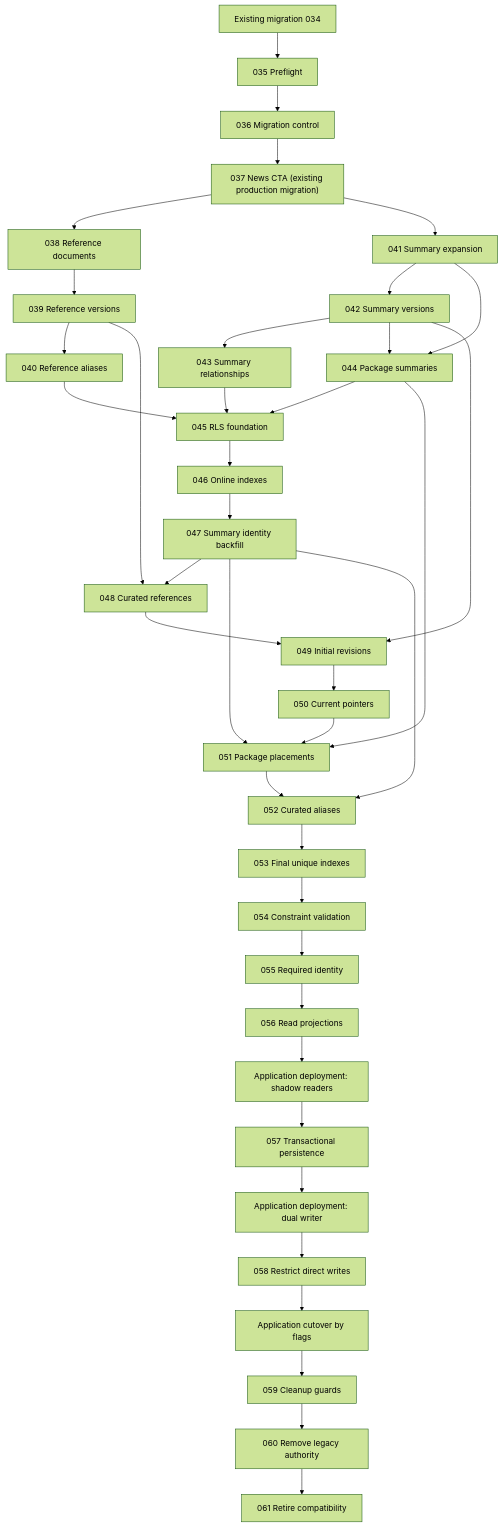
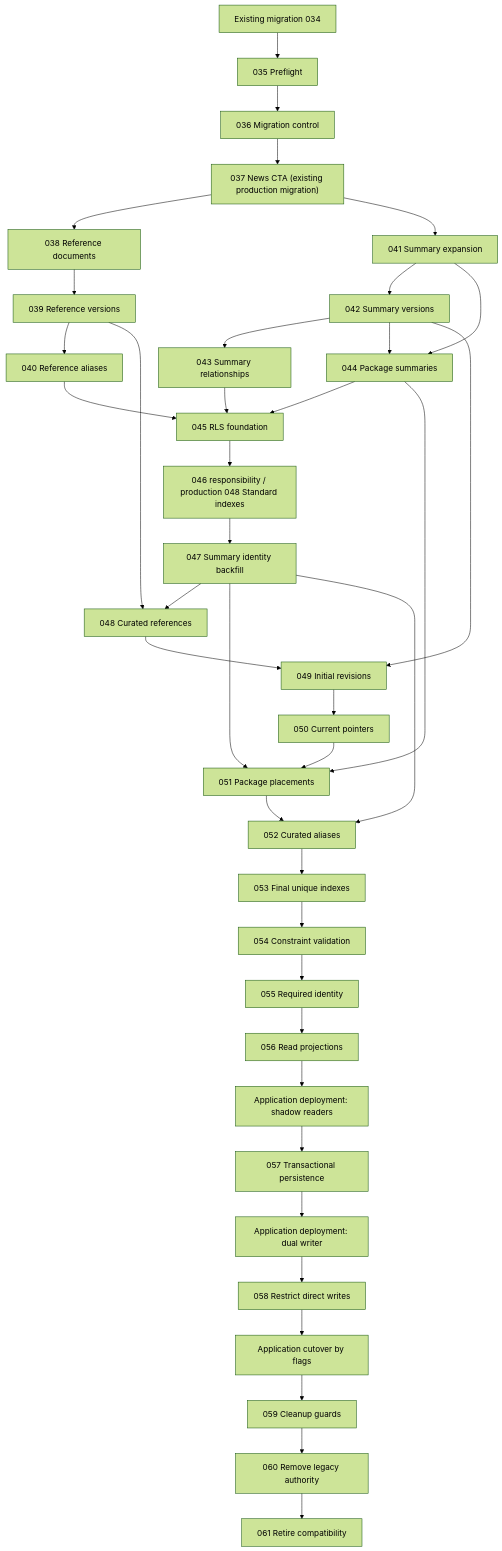
Before and after one commit to Lowwer02/sobdai: the first of 2 diagrams in knowledge_platform_sql_migration_design_v1.md, drawn with Mermaid (forest theme). The commit also changed other lines of this file and 2 other files, not shown here.

Commit message:
feat(db): add knowledge platform summary indexes (migration 048)

````diff
--- a/knowledge_platform_sql_migration_design_v1.md
+++ b/knowledge_platform_sql_migration_design_v1.md
@@ -93,57 +102,57 @@
 ```mermaid
 flowchart TD
     M034["Existing migration 034"]
     M035["035 Preflight"]
     M036["036 Migration control"]
     M037NEWS["037 News CTA (existing production migration)"]
     M038["038 Reference documents"]
     M039["039 Reference versions"]
     M040["040 Reference aliases"]
     M041["041 Summary expansion"]
     M042["042 Summary versions"]
     M043["043 Summary relationships"]
     M044["044 Package summaries"]
     M045["045 RLS foundation"]
-    M046["046 Online indexes"]
+    M046["046 responsibility / production 048 Standard indexes"]
     M047["047 Summary identity backfill"]
     M048["048 Curated references"]
     M049["049 Initial revisions"]
     M050["050 Current pointers"]
     M051["051 Package placements"]
     M052["052 Curated aliases"]
     M053["053 Final unique indexes"]
     M054["054 Constraint validation"]
     M055["055 Required identity"]
     M056["056 Read projections"]
     A1["Application deployment: shadow readers"]
     M057["057 Transactional persistence"]
     A2["Application deployment: dual writer"]
     M058["058 Restrict direct writes"]
     A3["Application cutover by flags"]
     M059["059 Cleanup guards"]
     M060["060 Remove legacy authority"]
     M061["061 Retire compatibility"]
 
     M034 --> M035 --> M036 --> M037NEWS
     M037NEWS --> M038 --> M039 --> M040
     M037NEWS --> M041 --> M042 --> M043
     M041 --> M044
     M042 --> M044
     M040 --> M045
     M043 --> M045
     M044 --> M045 --> M046
     M046 --> M047
     M039 --> M048
     M047 --> M048
     M048 --> M049
     M042 --> M049 --> M050
     M044 --> M051
     M047 --> M051
     M050 --> M051
     M047 --> M052
     M051 --> M052
     M052 --> M053 --> M054 --> M055
     M055 --> M056 --> A1
     A1 --> M057 --> A2 --> M058
     M058 --> A3 --> M059 --> M060 --> M061
 ```
````
